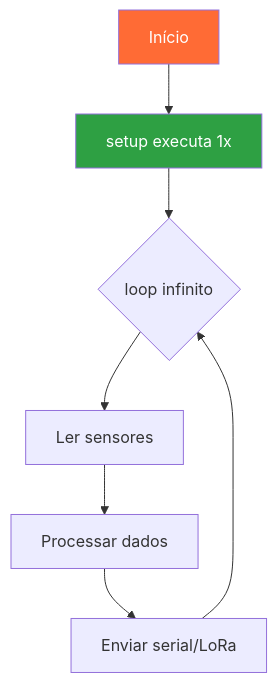
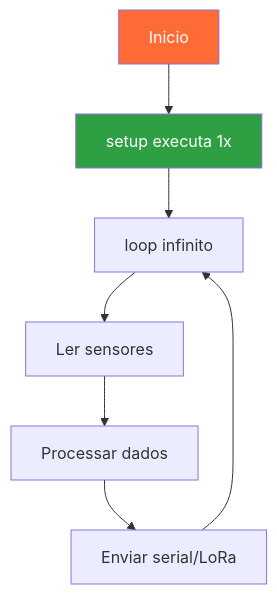
Before and after one commit to ViniciusCMB/telemetry-trainee-program: the diagram in docs/trilhas/arduino-ide.md, drawn with Mermaid. The commit also changed 8 other files, not shown here.

First line of the commit message:
fix: corrige syntaxe Mermaid flowcharts para exibicao web

````diff
--- a/docs/trilhas/arduino-ide.md
+++ b/docs/trilhas/arduino-ide.md
@@ -22,12 +22,12 @@
 ```mermaid
 flowchart TD
-    A[Início] --> B[setup executa 1x]
-    B --> C{loop infinito}
+    A[Inicio] --> B[setup executa 1x]
+    B --> C[loop infinito]
     C --> D[Ler sensores]
     D --> E[Processar dados]
     E --> F[Enviar serial/LoRa]
     F --> C
     
     style A fill:#ff6b35,color:#fff
     style B fill:#2ea043,color:#fff
 ```
````
